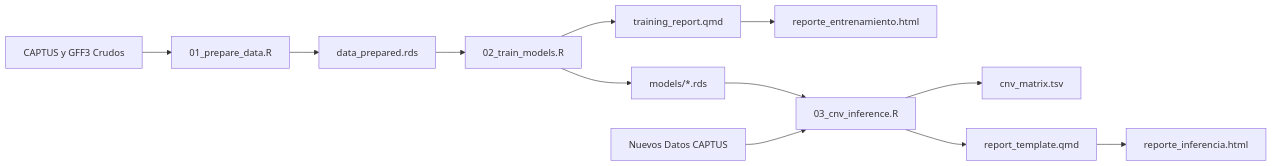
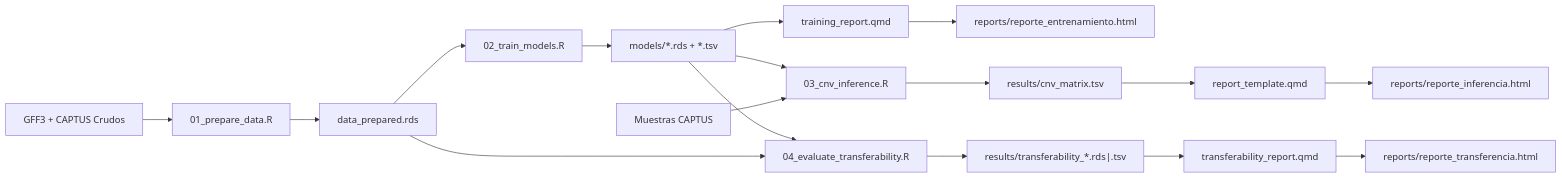
The diagram in README_ES.md (xyzdiego/TargetCNV-ML), drawn with Mermaid before and after one commit. The commit also changed other lines of this file and 36 other files, not shown here.

````diff
--- a/README_ES.md
+++ b/README_ES.md
@@ -159,14 +183,19 @@
 ```mermaid
 flowchart LR
-    A["CAPTUS y GFF3 Crudos"] --> B["01_prepare_data.R"]
+    A["GFF3 + CAPTUS Crudos"] --> B["01_prepare_data.R"]
     B --> C["data_prepared.rds"]
     C --> D["02_train_models.R"]
-    D --> E["models/*.rds"]
-    D --> I["training_report.qmd"]
-    I --> J["reporte_entrenamiento.html"]
+    D --> E["models/*.rds + *.tsv"]
+    E --> I["training_report.qmd"]
+    I --> J["reports/reporte_entrenamiento.html"]
     E --> F["03_cnv_inference.R"]
-    G["Nuevos Datos CAPTUS"] --> F
-    F --> H["cnv_matrix.tsv"]
-    F --> K["report_template.qmd"]
-    K --> L["reporte_inferencia.html"]
+    G["Muestras CAPTUS"] --> F
+    F --> H["results/cnv_matrix.tsv"]
+    H --> K["report_template.qmd"]
+    K --> L["reports/reporte_inferencia.html"]
+    E --> M["04_evaluate_transferability.R"]
+    C --> M
+    M --> N["results/transferability_*.rds|.tsv"]
+    N --> O["transferability_report.qmd"]
+    O --> P["reports/reporte_transferencia.html"]
 ```
````
